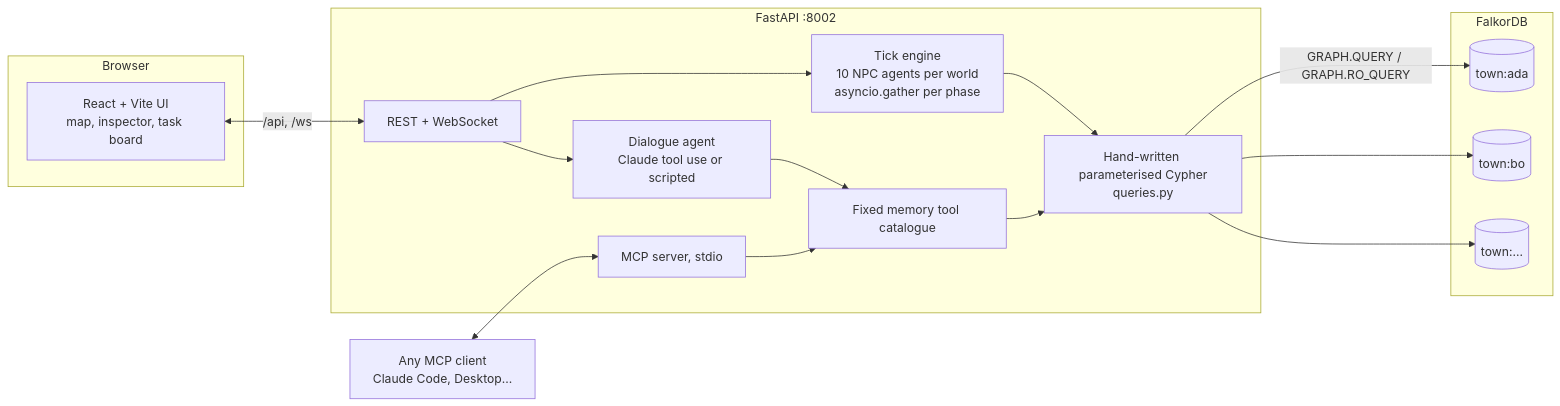
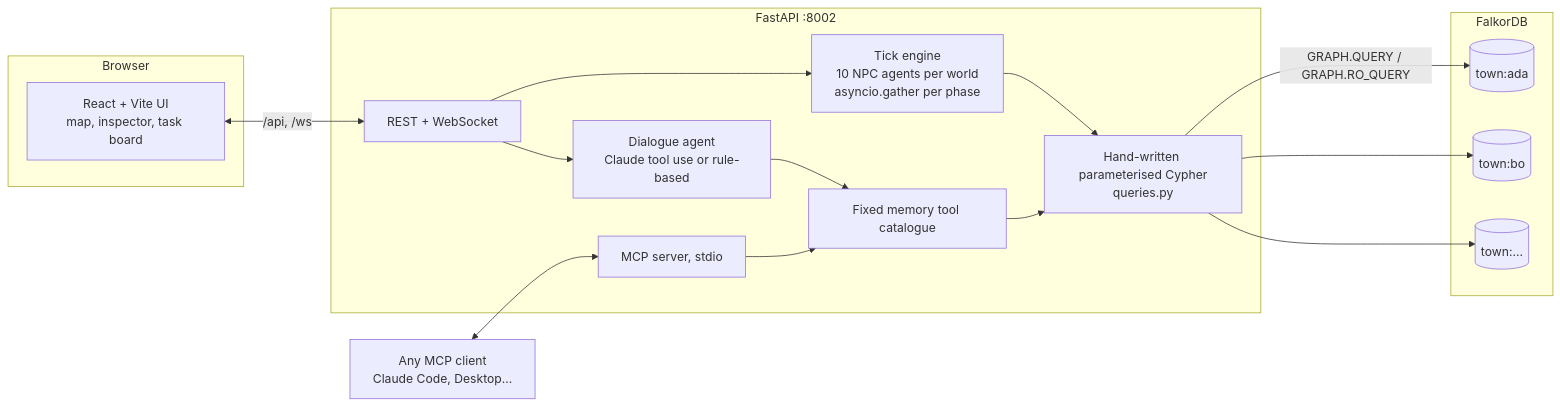
One commit to thedevkansal/living-town changed the first of 2 diagrams in README.md. Above: the diagram before and after it, drawn with Mermaid. The commit also changed other lines of this file and 1 other file, not shown here.

````diff
--- a/README.md
+++ b/README.md
@@ -93,31 +101,31 @@
 ```mermaid
 flowchart LR
   subgraph Browser
     UI[React + Vite UI<br/>map, inspector, task board]
   end
   subgraph Backend [FastAPI :8002]
     API[REST + WebSocket]
     SIM[Tick engine<br/>10 NPC agents per world<br/>asyncio.gather per phase]
-    AG[Dialogue agent<br/>Claude tool use or scripted]
+    AG[Dialogue agent<br/>Claude tool use or rule-based]
     TOOLS[Fixed memory tool catalogue]
     CAT[Hand-written parameterised Cypher<br/>queries.py]
     MCP[MCP server, stdio]
   end
   subgraph FalkorDB
     G1[(town:ada)]
     G2[(town:bo)]
     G3[(town:...)]
   end
   EXT[Any MCP client<br/>Claude Code, Desktop...]
   UI <-->|/api, /ws| API
   API --> SIM
   API --> AG
   SIM --> CAT
   AG --> TOOLS
   MCP --> TOOLS
   EXT <--> MCP
   TOOLS --> CAT
   CAT -->|GRAPH.QUERY / GRAPH.RO_QUERY| G1
   CAT --> G2
   CAT --> G3
 ```
````
